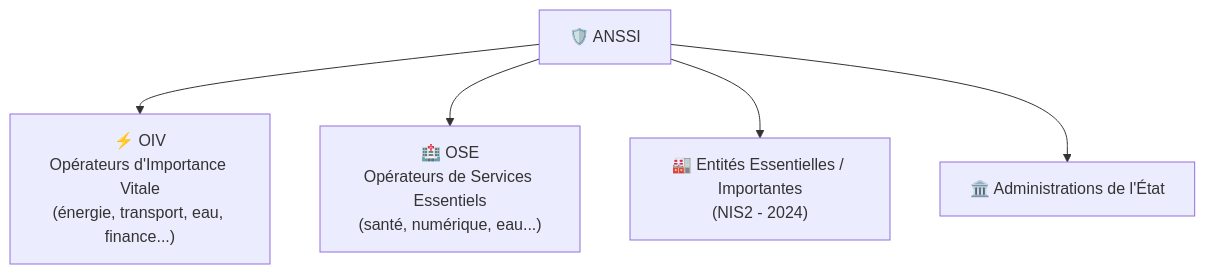
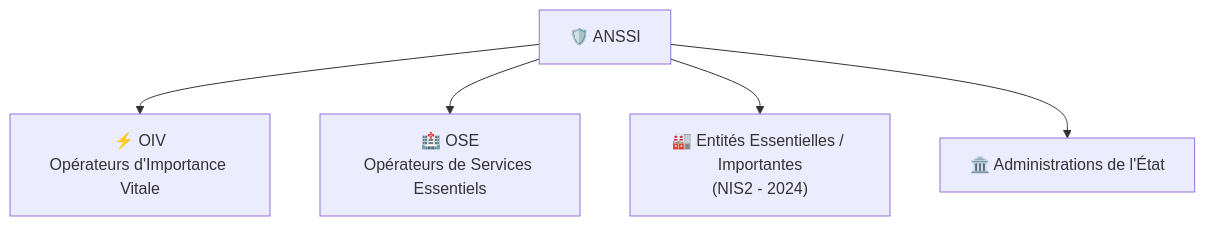
Before and after one commit to MontSekai/Documentations: the diagram in docs/Cybersecurite/anssi.md, drawn with Mermaid. The commit also changed other lines of this file and 50 other files, not shown here.

````diff
--- a/docs/Cybersecurite/anssi.md
+++ b/docs/Cybersecurite/anssi.md
@@ -26,13 +34,13 @@
 ```mermaid
 graph TD
     ANSSI["🛡️ ANSSI"]
-    OIV["⚡ OIV\nOpérateurs d'Importance Vitale\n(énergie, transport, eau, finance...)"]
-    OSE["🏥 OSE\nOpérateurs de Services Essentiels\n(santé, numérique, eau...)"]
+    OIV["⚡ OIV\nOpérateurs d'Importance Vitale"]
+    OSE["🏥 OSE\nOpérateurs de Services Essentiels"]
     EE["🏭 Entités Essentielles / Importantes\n(NIS2 - 2024)"]
     ADMIN["🏛️ Administrations de l'État"]
 
     ANSSI --> OIV
     ANSSI --> OSE
     ANSSI --> EE
     ANSSI --> ADMIN
 ```
````
